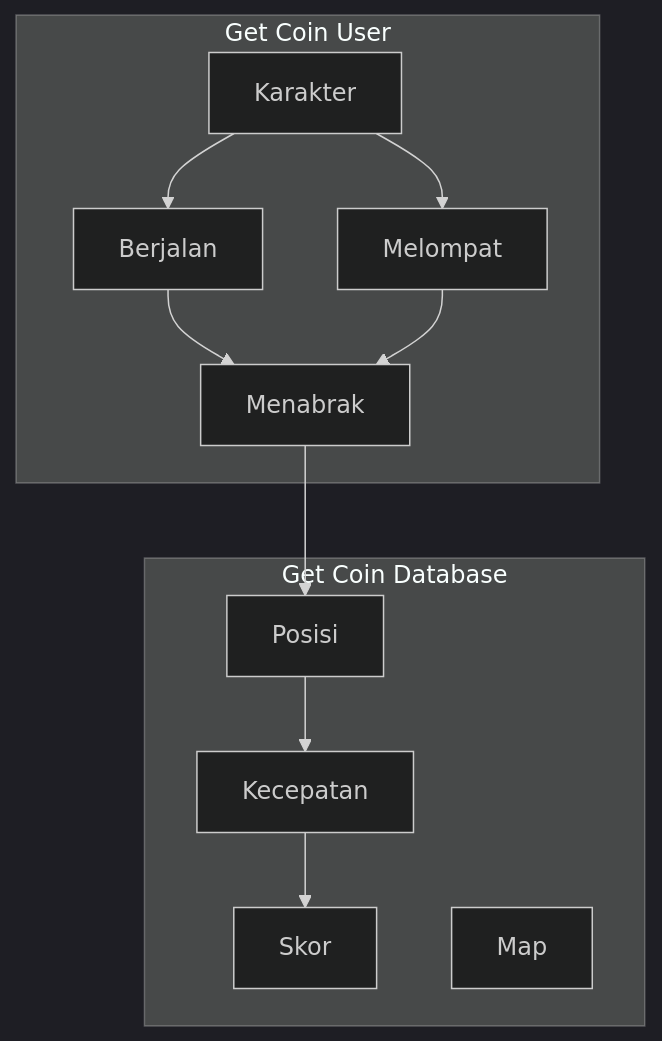
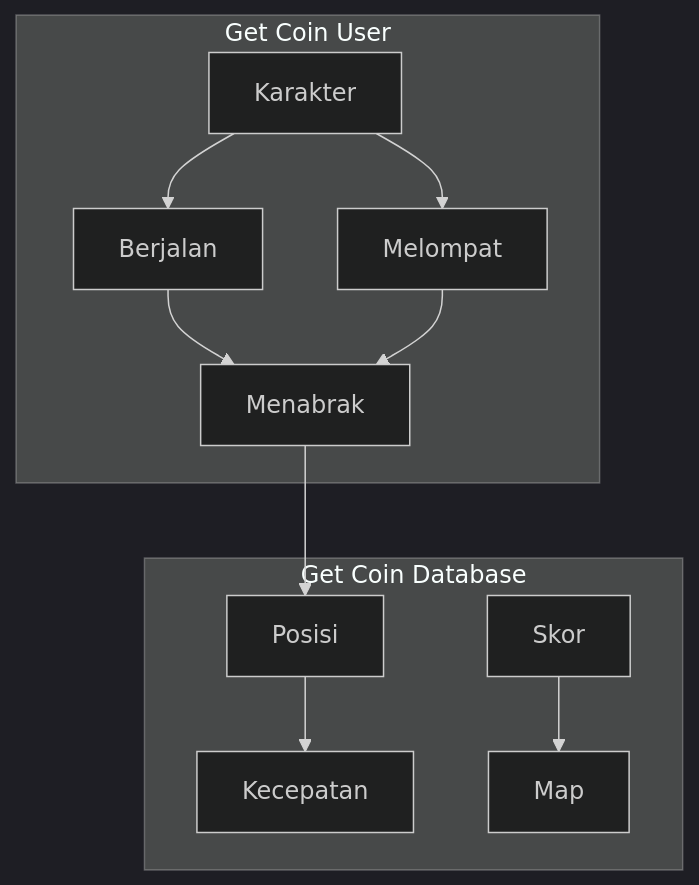
Before and after one commit to disyyy/PI-dan-PDP: the diagram in Tugas PDP.md, drawn with Mermaid (dark theme).

Commit message:
Update Tugas PDP.md

````diff
--- a/Tugas PDP.md
+++ b/Tugas PDP.md
@@ -27,25 +27,26 @@
 ```mermaid
 graph TD
     subgraph Get Coin User
         A[Berjalan]
         B[Menabrak]
         C[Karakter]
         D[Melompat]
     end
 
 
     subgraph Get Coin Database
         E[Posisi]
         F[Kecepatan]
         G[Skor]
         H[Map]
     end
 
     A --> B
     B --> E
     C --> A
     C --> D
     D --> B
-    E --> F --> G
+    E --> F
+    G --> H
 
 ```
````
